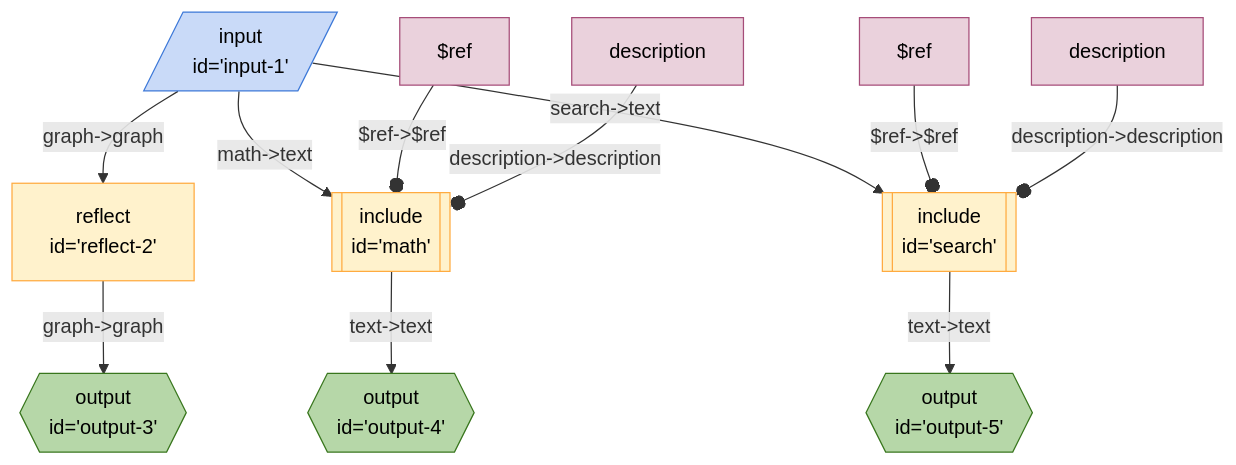
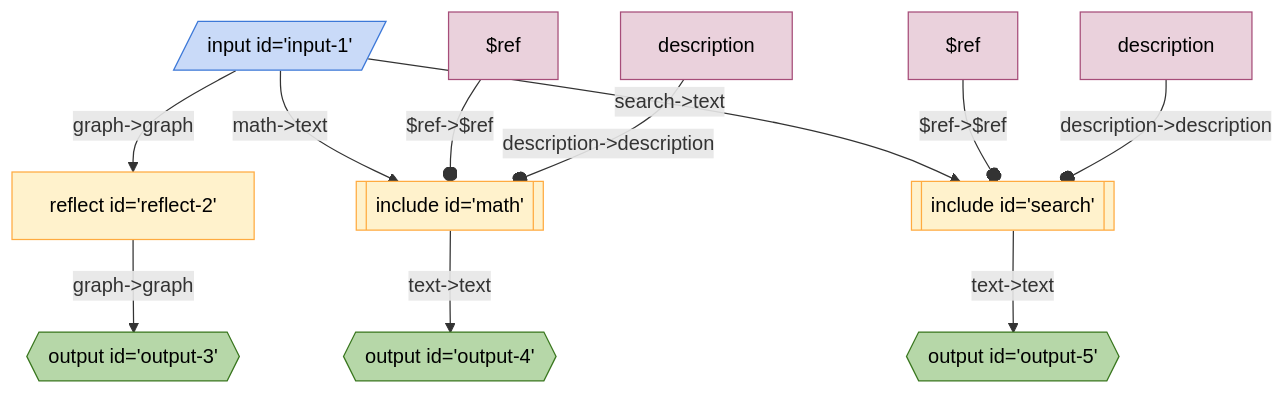
One commit to breadboard-ai/breadboard changed the diagram in seeds/graph-playground/examples/tools.md. Above: the diagram before and after it, drawn with Mermaid. The commit also changed 10 other files, not shown here.

Commit message:
[graph-playground] Clean up `examples`.

````diff
--- a/seeds/graph-playground/examples/tools.md
+++ b/seeds/graph-playground/examples/tools.md
@@ -3,34 +3,22 @@
 ```mermaid
 %%{init: 'themeVariables': { 'fontFamily': 'Fira Code, monospace' }}%%
 graph TD;
-reflect2["reflect
-id='reflect-2'"] -- "graph->graph" --> output3{{"output
-id='output-3'"}}:::output
-input1[/"input
-id='input-1'"/]:::input -- "graph->graph" --> reflect2["reflect
-id='reflect-2'"]
-math[["include
-id='math'"]]:::include -- "text->text" --> output4{{"output
-id='output-4'"}}:::output
-input1[/"input
-id='input-1'"/]:::input -- "math->text" --> math[["include
-id='math'"]]:::include
-search[["include
-id='search'"]]:::include -- "text->text" --> output5{{"output
-id='output-5'"}}:::output
-input1[/"input
-id='input-1'"/]:::input -- "search->text" --> search[["include
-id='search'"]]:::include
+reflect2["reflect id='reflect-2'"] -- "graph->graph" --> output3{{"output id='output-3'"}}:::output
+input1[/"input id='input-1'"/]:::input -- "graph->graph" --> reflect2["reflect id='reflect-2'"]
+math[["include id='math'"]]:::include -- "text->text" --> output4{{"output id='output-4'"}}:::output
+input1[/"input id='input-1'"/]:::input -- "math->text" --> math[["include id='math'"]]:::include
+search[["include id='search'"]]:::include -- "text->text" --> output5{{"output id='output-5'"}}:::output
+input1[/"input id='input-1'"/]:::input -- "search->text" --> search[["include id='search'"]]:::include
 $refsearch[$ref]:::config -- "$ref->$ref" --o search
 descriptionsearch[description]:::config -- "description->description" --o search
 $refmath[$ref]:::config -- "$ref->$ref" --o math
 descriptionmath[description]:::config -- "description->description" --o math
 classDef default stroke:#ffab40,fill:#fff2ccff,color:#000
 classDef input stroke:#3c78d8,fill:#c9daf8ff,color:#000
 classDef output stroke:#38761d,fill:#b6d7a8ff,color:#000
 classDef passthrough stroke:#a64d79,fill:#ead1dcff,color:#000
 classDef slot stroke:#a64d79,fill:#ead1dcff,color:#000
 classDef config stroke:#a64d79,fill:#ead1dcff,color:#000
 classDef secrets stroke:#db4437,fill:#f4cccc,color:#000
 classDef slotted stroke:#a64d79
 ```
````
